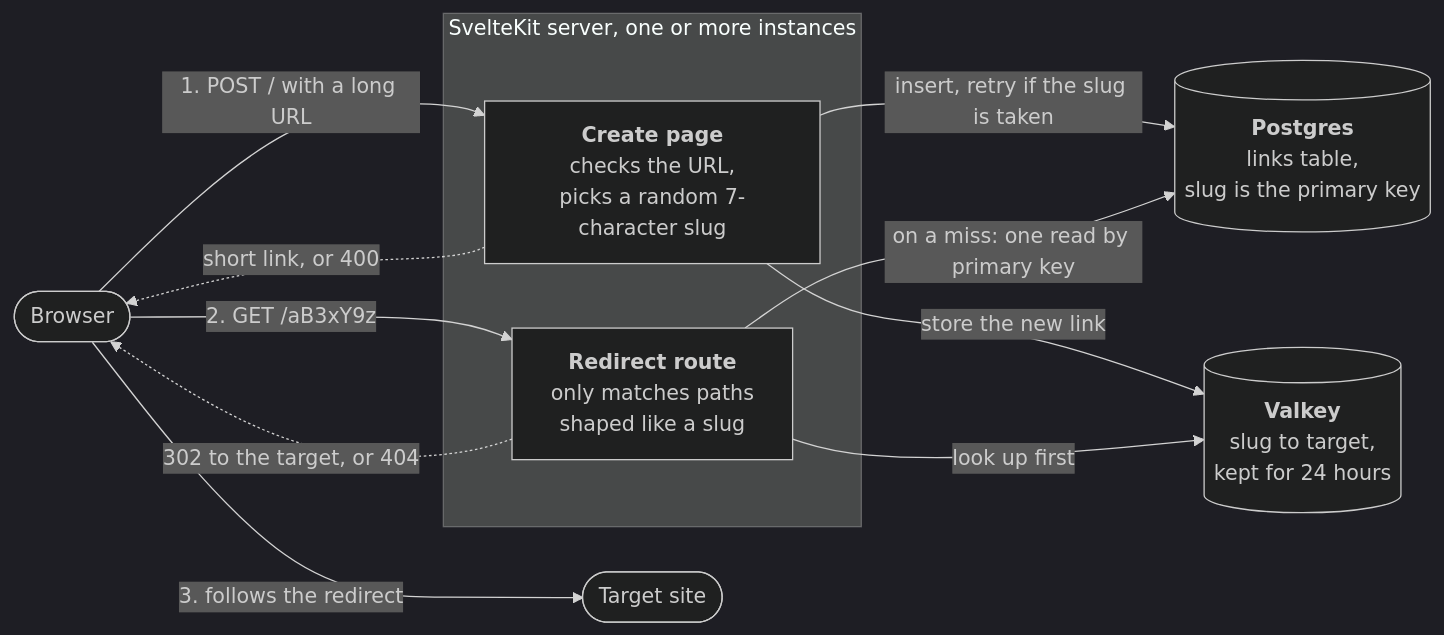
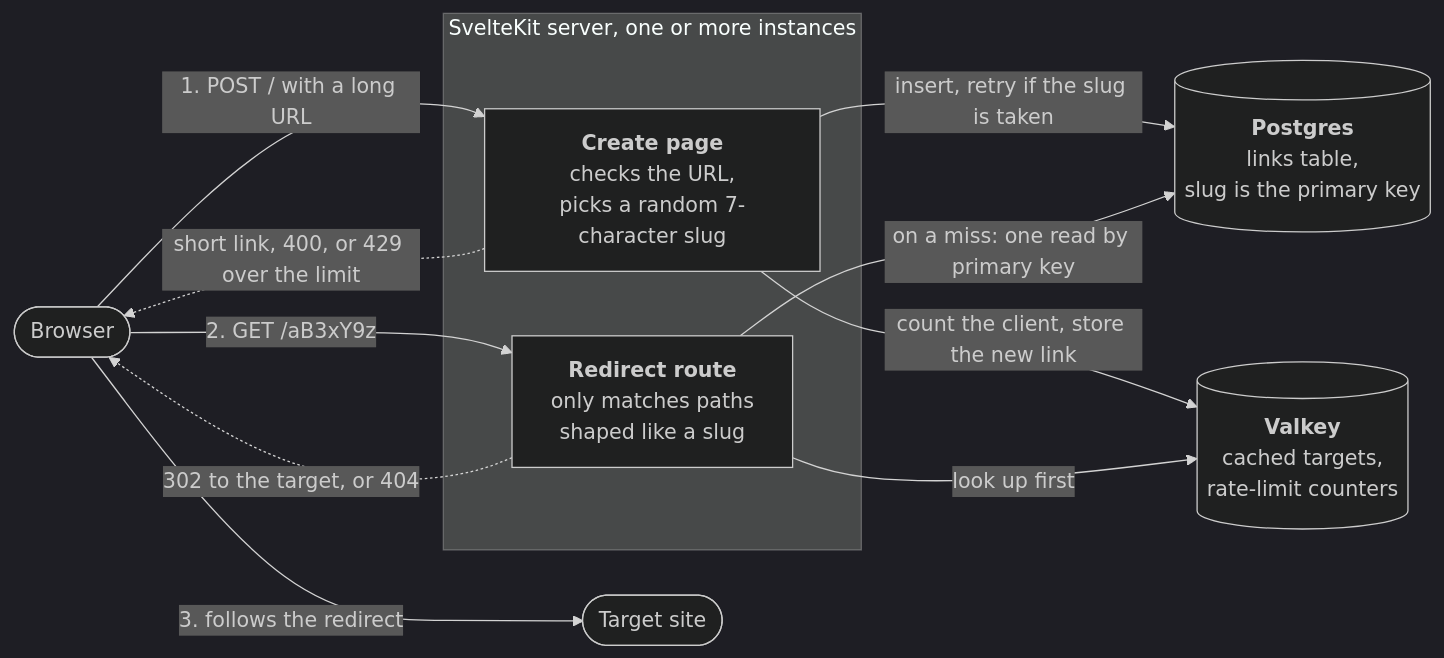
The diagram in README.md (andreferrazz/url-shortener), drawn with Mermaid (dark theme) before and after one commit. The commit also changed other lines of this file and 7 other files, not shown here.

First line of the commit message:
Rate limit link creation by client address

````diff
--- a/README.md
+++ b/README.md
@@ -35,25 +35,25 @@
 ```mermaid
 flowchart LR
     visitor([Browser])
     target([Target site])
 
     subgraph app [SvelteKit server, one or more instances]
         create["<b>Create page</b><br/>checks the URL,<br/>picks a random 7-character slug"]
         redirect["<b>Redirect route</b><br/>only matches paths<br/>shaped like a slug"]
     end
 
-    cache[("<b>Valkey</b><br/>slug to target,<br/>kept for 24 hours")]
+    cache[("<b>Valkey</b><br/>cached targets,<br/>rate-limit counters")]
     db[("<b>Postgres</b><br/>links table,<br/>slug is the primary key")]
 
     visitor -- "1. POST / with a long URL" --> create
     create -- "insert, retry if the slug is taken" --> db
-    create -- "store the new link" --> cache
-    create -. "short link, or 400" .-> visitor
+    create -- "count the client, store the new link" --> cache
+    create -. "short link, 400, or 429 over the limit" .-> visitor
 
     visitor -- "2. GET /aB3xY9z" --> redirect
     redirect -- "look up first" --> cache
     redirect -- "on a miss: one read by primary key" --> db
     redirect -. "302 to the target, or 404" .-> visitor
 
     visitor -- "3. follows the redirect" --> target
 ```
````
